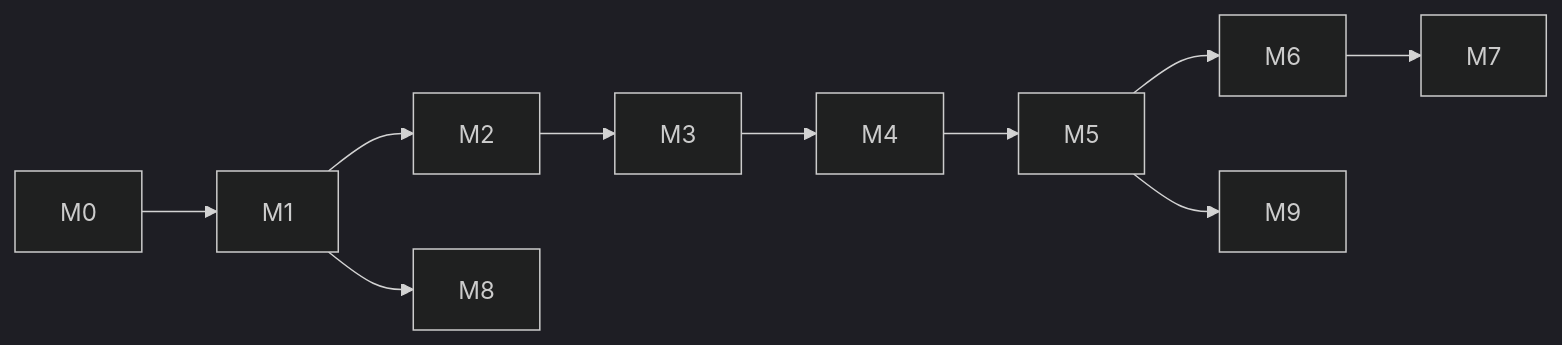
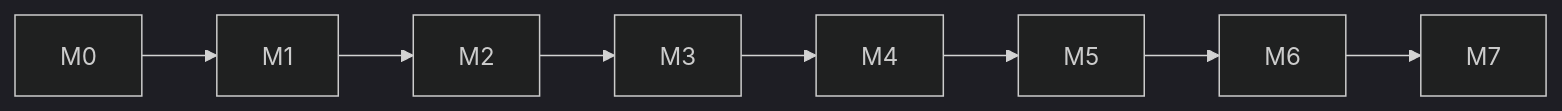
Before and after one commit to Official-MoonDao/MoonDAO: the second of 2 diagrams in .cursor/plans/moondao_lunar_simulator_08e60e6b.plan.md, drawn with Mermaid (dark theme). The commit also changed other lines of this file and 69 other files, not shown here.

````diff
--- a/.cursor/plans/moondao_lunar_simulator_08e60e6b.plan.md
+++ b/.cursor/plans/moondao_lunar_simulator_08e60e6b.plan.md
@@ -490,7 +311,4 @@
 ```mermaid
 flowchart LR
-  M0 --> M1 --> M2 --> M3 --> M4 --> M5
-  M5 --> M6 --> M7
-  M5 --> M9
-  M1 --> M8
+  M0 --> M1 --> M2 --> M3 --> M4 --> M5 --> M6 --> M7
 ```
````
